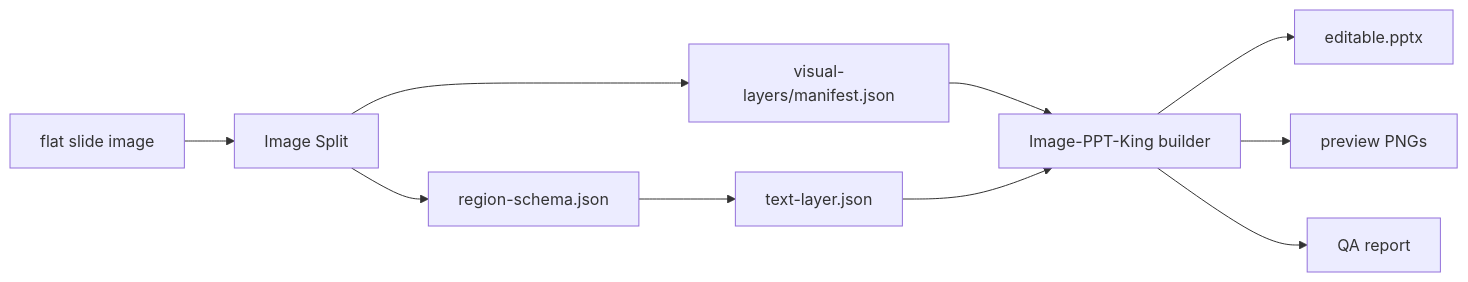
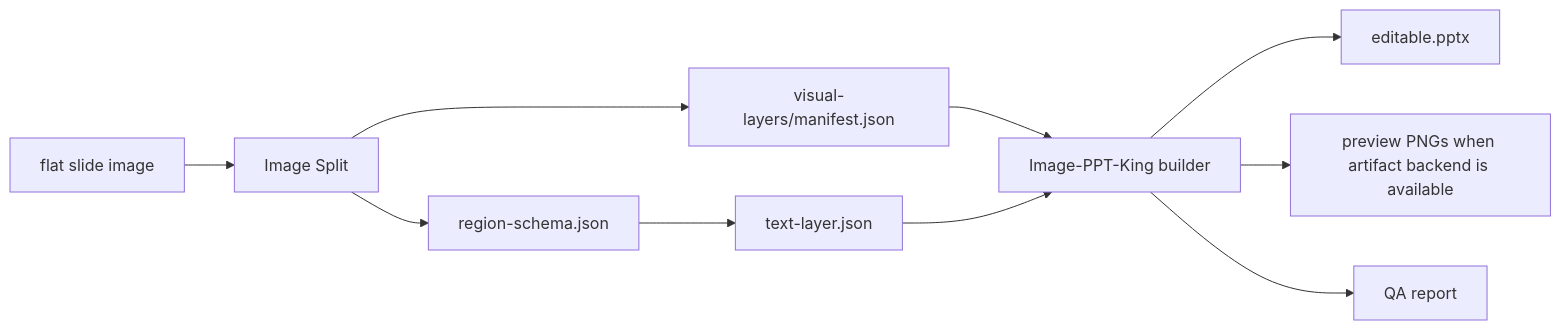
One commit to TateZhouSiu/image-ppt-king changed the diagram in README.md. Above: the diagram before and after it, drawn with Mermaid. The commit also changed other lines of this file and 22 other files, not shown here.

````diff
--- a/README.md
+++ b/README.md
@@ -21,12 +21,12 @@
 ```mermaid
 flowchart LR
   A["flat slide image"] --> B["Image Split"]
   B --> C["visual-layers/manifest.json"]
   B --> D["region-schema.json"]
   D --> E["text-layer.json"]
   C --> F["Image-PPT-King builder"]
   E --> F
   F --> G["editable.pptx"]
-  F --> H["preview PNGs"]
+  F --> H["preview PNGs when artifact backend is available"]
   F --> I["QA report"]
 ```
````
